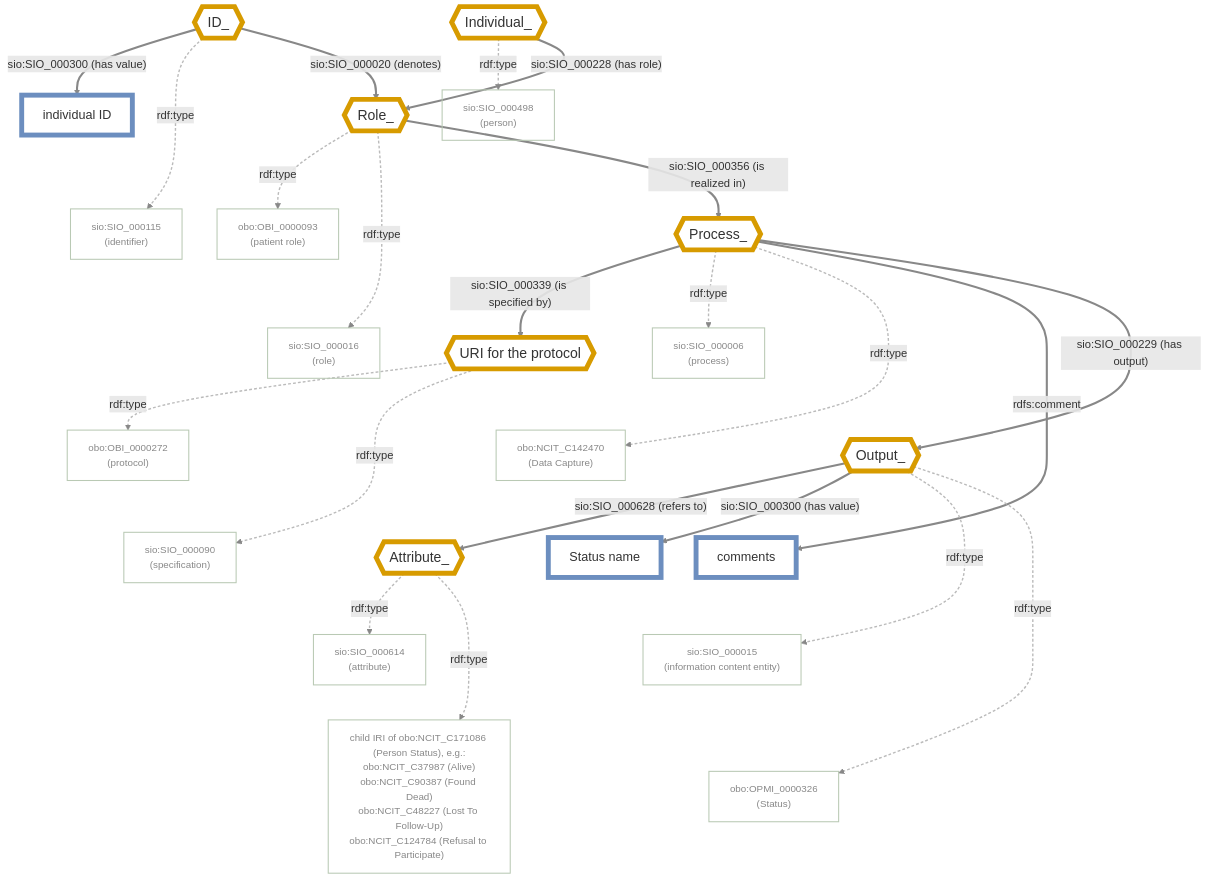
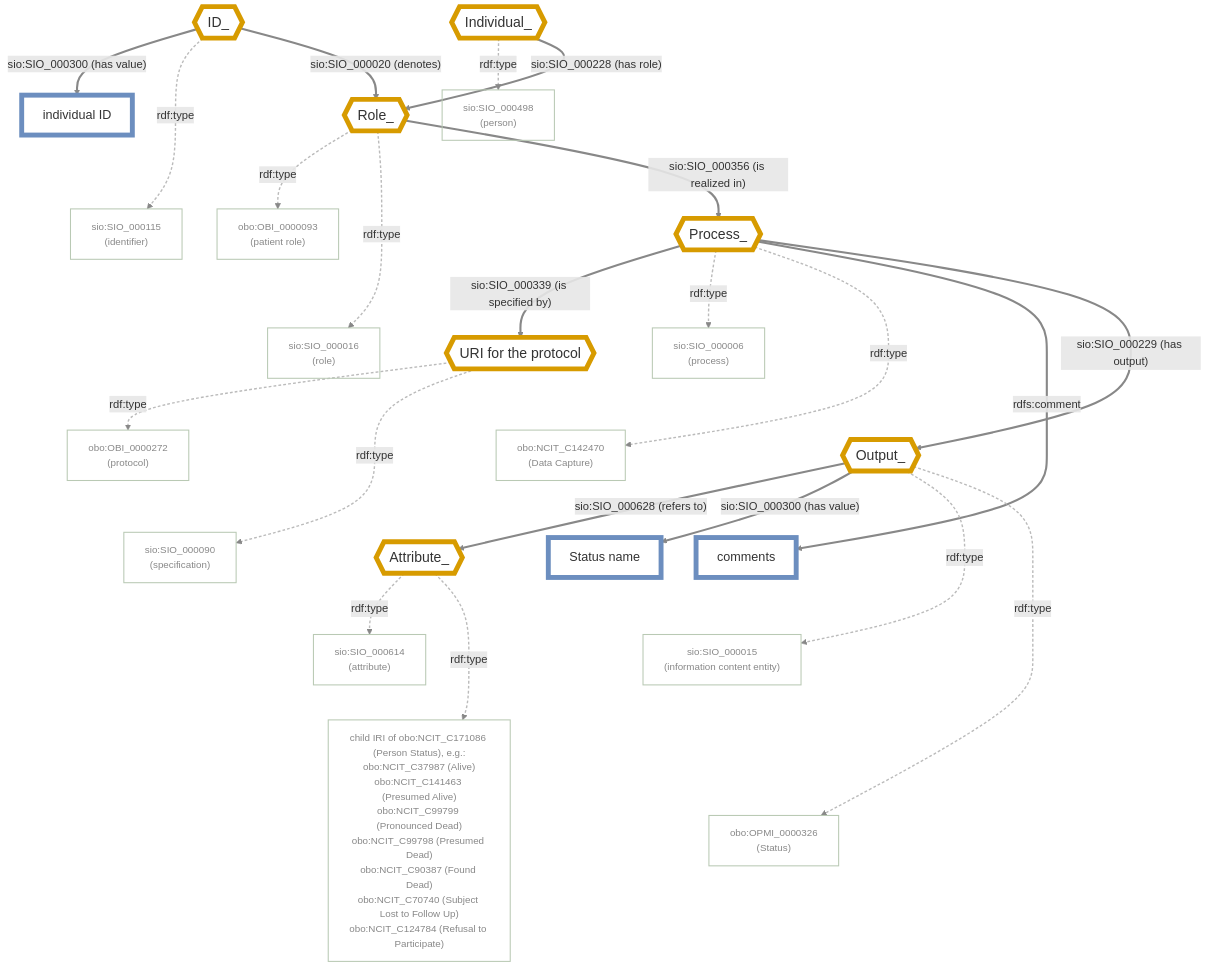
Before and after one commit to wilkinsonlab/CARE-Semantic-Model-Version-2: the diagram in diagrams/CARE-SM-obo-Status.md, drawn with Mermaid. The commit also changed 12 other files, not shown here.

````diff
--- a/diagrams/CARE-SM-obo-Status.md
+++ b/diagrams/CARE-SM-obo-Status.md
@@ -16,78 +16,78 @@
 ```mermaid
 %%{init: {"themeVariables": {"lineColor": "#888888"}}}%%
 flowchart TD
     classDef usedInstance fill:#ffffff,stroke:#d79b00,stroke-width:7px,color:#333,font-size:20px
     classDef classNode fill:transparent,stroke:#b9c9b4,stroke-width:1.5px,color:#888,font-size:14px
     classDef dataValue fill:#ffffff,stroke:#6c8ebf,stroke-width:7px,color:#333,font-size:18px
     linkStyle default stroke:#888888,stroke-width:3px
 
     %% Instances
     ID_{{ID_}}:::usedInstance
     Individual_{{Individual_}}:::usedInstance
     Role_{{Role_}}:::usedInstance
     Process_{{Process_}}:::usedInstance
     Output_{{Output_}}:::usedInstance
     Attribute_{{Attribute_}}:::usedInstance
     URIProtocol{{"URI for the protocol"}}:::usedInstance
 
     %% Classes
     SIO_000115["sio:SIO_000115<br/>(identifier)"]:::classNode
     SIO_000498["sio:SIO_000498<br/>(person)"]:::classNode
     OBI_0000093["obo:OBI_0000093<br/>(patient role)"]:::classNode
     SIO_000016["sio:SIO_000016<br/>(role)"]:::classNode
     SIO_000006["sio:SIO_000006<br/>(process)"]:::classNode
     NCIT_C142470["obo:NCIT_C142470<br/>(Data Capture)"]:::classNode
     OBI_0000272["obo:OBI_0000272<br/>(protocol)"]:::classNode
     SIO_000090["sio:SIO_000090<br/>(specification)"]:::classNode
     SIO_000015["sio:SIO_000015<br/>(information content entity)"]:::classNode
     OPMI_0000326["obo:OPMI_0000326<br/>(Status)"]:::classNode
     SIO_000614["sio:SIO_000614<br/>(attribute)"]:::classNode
-    PersonStatusChildIRI["child IRI of obo:NCIT_C171086 (Person Status), e.g.:<br/>obo:NCIT_C37987 (Alive)<br/>obo:NCIT_C90387 (Found Dead)<br/>obo:NCIT_C48227 (Lost To Follow-Up)<br/>obo:NCIT_C124784 (Refusal to Participate)"]:::classNode
+    PersonStatusChildIRI["child IRI of obo:NCIT_C171086 (Person Status), e.g.:<br/>obo:NCIT_C37987 (Alive)<br/>obo:NCIT_C141463 (Presumed Alive)<br/>obo:NCIT_C99799 (Pronounced Dead)<br/>obo:NCIT_C99798 (Presumed Dead)<br/>obo:NCIT_C90387 (Found Dead)<br/>obo:NCIT_C70740 (Subject Lost to Follow Up)<br/>obo:NCIT_C124784 (Refusal to Participate)"]:::classNode
 
     %% Data values
     IndividualID["individual ID"]:::dataValue
     Comments["comments"]:::dataValue
     StatusName["Status name"]:::dataValue
 
     %% Real edges (indices 0-20)
     ID_ -->|"sio:SIO_000300 (has value)"| IndividualID
     ID_ -->|"rdf:type"| SIO_000115
     ID_ -->|"sio:SIO_000020 (denotes)"| Role_
 
     Individual_ -->|"rdf:type"| SIO_000498
     Individual_ -->|"sio:SIO_000228 (has role)"| Role_
 
     Role_ -->|"rdf:type"| OBI_0000093
     Role_ -->|"rdf:type"| SIO_000016
     Role_ -->|"sio:SIO_000356 (is realized in)"| Process_
 
     Process_ -->|"sio:SIO_000339 (is specified by)"| URIProtocol
     Process_ -->|"rdf:type"| SIO_000006
     Process_ -->|"rdf:type"| NCIT_C142470
     Process_ -->|"rdfs:comment"| Comments
     Process_ -->|"sio:SIO_000229 (has output)"| Output_
 
     URIProtocol -->|"rdf:type"| OBI_0000272
     URIProtocol -->|"rdf:type"| SIO_000090
 
     Output_ -->|"sio:SIO_000628 (refers to)"| Attribute_
     Output_ -->|"sio:SIO_000300 (has value)"| StatusName
     Output_ -->|"rdf:type"| SIO_000015
     Output_ -->|"rdf:type"| OPMI_0000326
 
     Attribute_ -->|"rdf:type"| SIO_000614
     Attribute_ -->|"rdf:type"| PersonStatusChildIRI
 
     %% Invisible layout-only chains (indices 21-29, hidden below) force siblings into one column
     IndividualID ~~~ SIO_000115
     OBI_0000093 ~~~ SIO_000016
     SIO_000006 ~~~ NCIT_C142470 ~~~ Comments
     OBI_0000272 ~~~ SIO_000090
     StatusName ~~~ SIO_000015 ~~~ OPMI_0000326
     SIO_000614 ~~~ PersonStatusChildIRI
 
     URIProtocol ~~~ Output_
     %% rdf:type edges (indices 1,3,5,6,9,10,13,14,17,18,19,20) de-emphasized so the structural backbone stands out
     linkStyle 1,3,5,6,9,10,13,14,17,18,19,20 stroke:#bbb,stroke-width:2px,stroke-dasharray:4 3
     linkStyle 21,22,23,24,25,26,27,28,29 stroke:none
 ```
````
